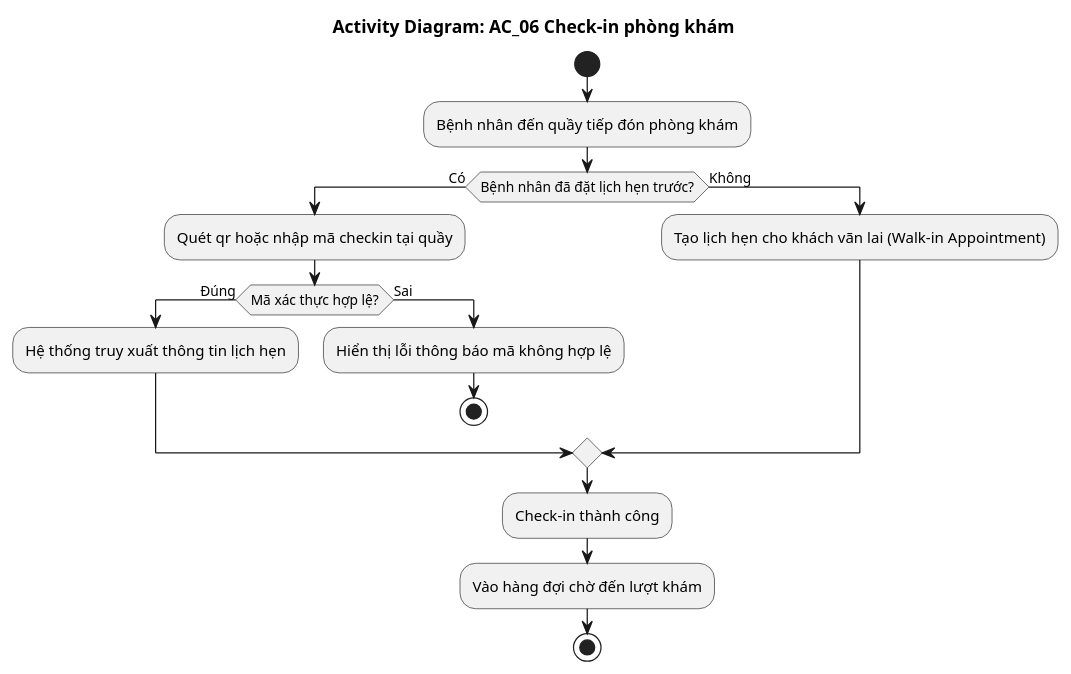
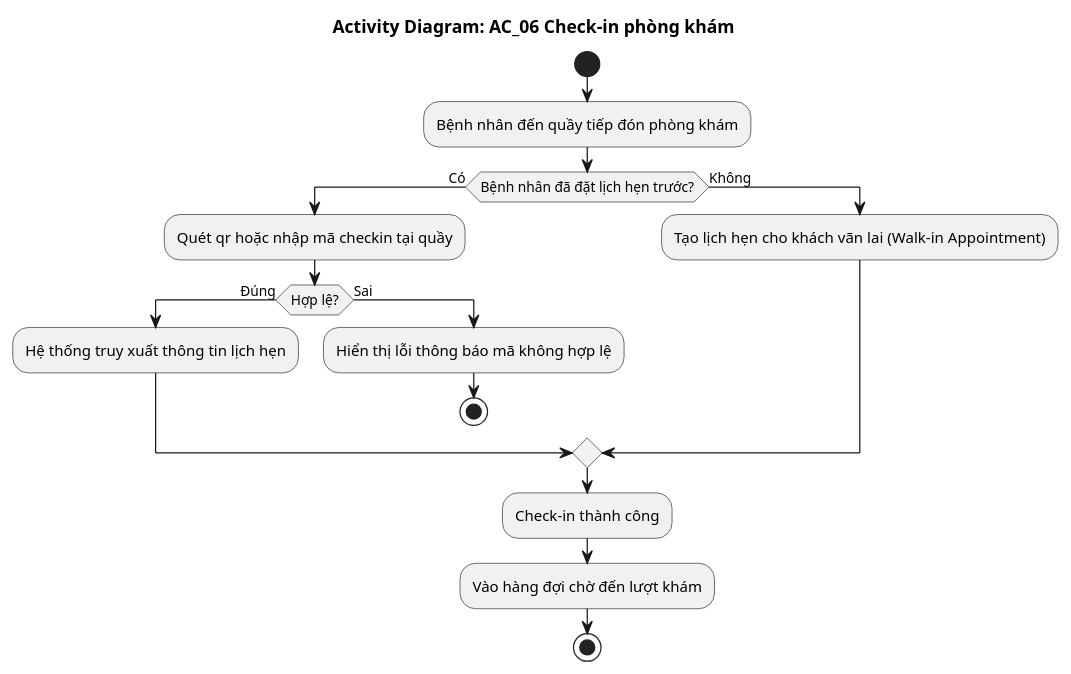
The diagram in docs/AC_06_CheckIn.puml (YuuuuBin2k5/Nhom9_ProjectCuoiKy_PhongKhamApp), drawn with PlantUML before and after one commit. The commit also changed 253 other files, not shown here.

```diff
--- a/docs/AC_06_CheckIn.puml
+++ b/docs/AC_06_CheckIn.puml
@@ -1,20 +1,20 @@
 @startuml AC_06_CheckIn
 title Activity Diagram: AC_06 Check-in phòng khám
 
 start
 :Bệnh nhân đến quầy tiếp đón phòng khám;
 if (Bệnh nhân đã đặt lịch hẹn trước?) then (Có)
     :Quét qr hoặc nhập mã checkin tại quầy;
-    if (Mã xác thực hợp lệ?) then (Đúng)
+    if (Hợp lệ?) then (Đúng)
         :Hệ thống truy xuất thông tin lịch hẹn;
     else (Sai)
         :Hiển thị lỗi thông báo mã không hợp lệ;
         stop
     endif
 else (Không)
     :Tạo lịch hẹn cho khách vãn lai (Walk-in Appointment);
 endif
 :Check-in thành công;
 :Vào hàng đợi chờ đến lượt khám;
 stop
 @enduml
```
